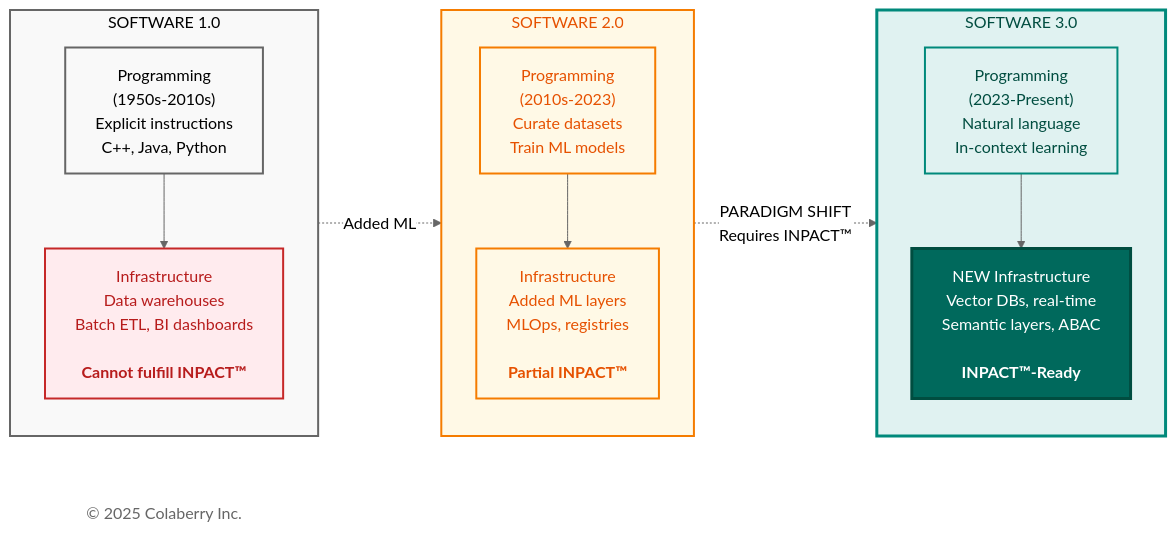
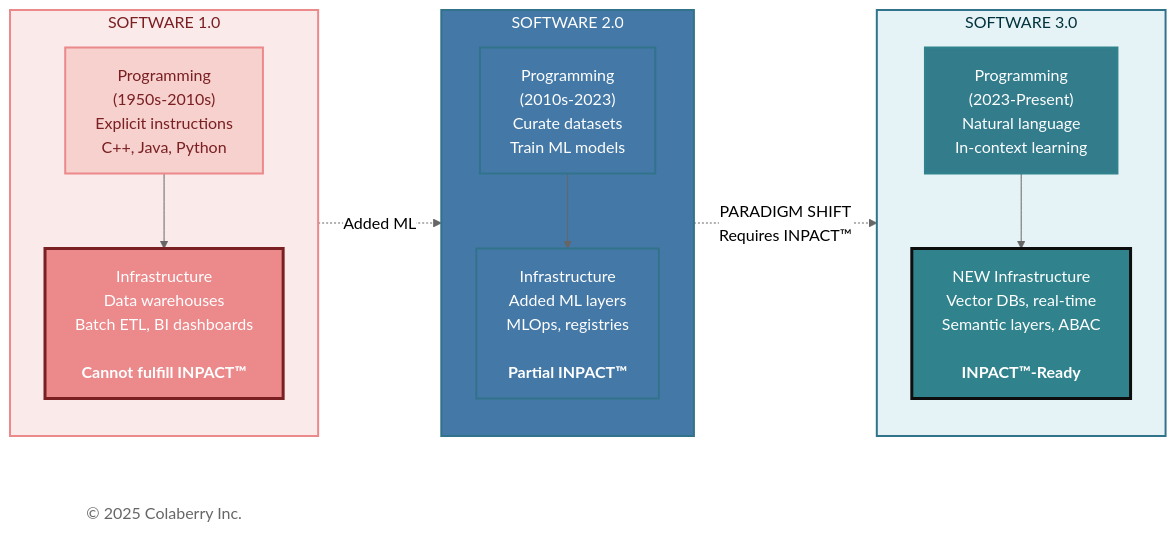
One commit to colaberry/trust-before-intelligence-book changed the third of 6 diagrams in manuscript/02_chapter_1_why_agents_fail.md. Above: the diagram before and after it, drawn with Mermaid (neutral theme). The commit also changed other lines of this file, not shown here.

Commit message:
Update mermaid diagrams as per new coloberry color and contrast ratio for chapter 2

````diff
--- a/manuscript/02_chapter_1_why_agents_fail.md
+++ b/manuscript/02_chapter_1_why_agents_fail.md
@@ -410,38 +410,38 @@
 ```mermaid
 
 graph LR
     subgraph sw1["SOFTWARE 1.0"]
         direction TB
         prog1["Programming<br/>(1950s-2010s)<br/>Explicit instructions<br/>C++, Java, Python"]
         infra1["Infrastructure<br/>Data warehouses<br/>Batch ETL, BI dashboards<br/><br/><b>Cannot fulfill INPACT™"</b>]
         prog1 --> infra1
     end
     subgraph sw2["SOFTWARE 2.0"]
         direction TB
         prog2["Programming<br/>(2010s-2023)<br/>Curate datasets<br/>Train ML models"]
         infra2["Infrastructure<br/>Added ML layers<br/>MLOps, registries<br/><br/><b>Partial INPACT™"</b>]
         prog2 --> infra2
     end
     subgraph sw3["SOFTWARE 3.0"]
         direction TB
         prog3["Programming<br/>(2023-Present)<br/>Natural language<br/>In-context learning"]
         infra3["NEW Infrastructure<br/>Vector DBs, real-time<br/>Semantic layers, ABAC<br/><br/><b>INPACT™-Ready</b>"]
         prog3 --> infra3
     end
     sw1 -.->|"Added ML"| sw2
     sw2 -.->|"PARADIGM SHIFT<br/>Requires INPACT™"| sw3
     
     Copyright["© 2025 Colaberry Inc."]
     
-    style sw1 fill:#f9f9f9,stroke:#666666,stroke-width:2px,color:#000000
-    style sw2 fill:#fff9e6,stroke:#f57c00,stroke-width:2px,color:#e65100
-    style sw3 fill:#e0f2f1,stroke:#00897b,stroke-width:3px,color:#004d40
-    style prog1 fill:#f9f9f9,stroke:#666666,stroke-width:2px,color:#000000
-    style infra1 fill:#ffebee,stroke:#c62828,stroke-width:2px,color:#b71c1c
-    style prog2 fill:#fff9e6,stroke:#f57c00,stroke-width:2px,color:#e65100
-    style infra2 fill:#fff9e6,stroke:#f57c00,stroke-width:2px,color:#e65100
-    style prog3 fill:#e0f2f1,stroke:#00897b,stroke-width:2px,color:#004d40
-    style infra3 fill:#00695c,color:#ffffff,stroke:#004d40,stroke-width:3px
+    style sw1 fill:#FBEAEA,stroke:#EB898B,stroke-width:2px,color:#7A1F22
+    style prog1 fill:#F6D1CE,stroke:#EB898B,stroke-width:2px,color:#7A1F22
+    style infra1 fill:#EB898B,color:#ffffff,stroke:#7A1F22,stroke-width:3px
+    style sw2 fill:#4478A6,stroke:#32738C,stroke-width:2px,color:#ffffff
+    style prog2 fill:#4478A6,stroke:#32738C,stroke-width:2px,color:#ffffff
+    style infra2 fill:#4478A6,stroke:#32738C,stroke-width:2px,color:#ffffff
+    style sw3 fill:#E6F3F6,stroke:#32738C,stroke-width:2px,color:#00323D
+    style prog3 fill:#327C8C,stroke:#30838C,stroke-width:2px,color:#ffffff
+    style infra3 fill:#30838C,color:#ffffff,stroke:#0D0D0D,stroke-width:3px
     style Copyright fill:#ffffff,stroke:none,color:#666666
 
 ```
````
